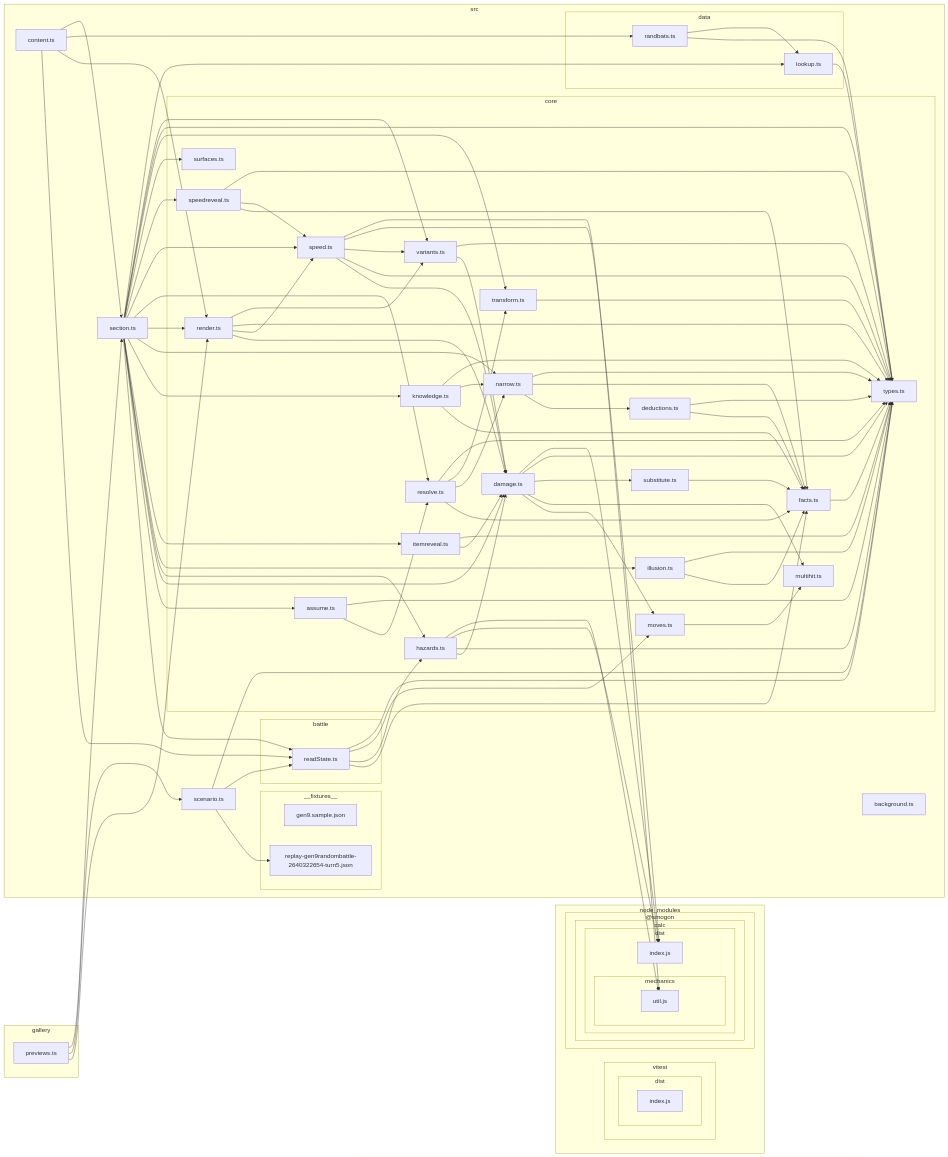
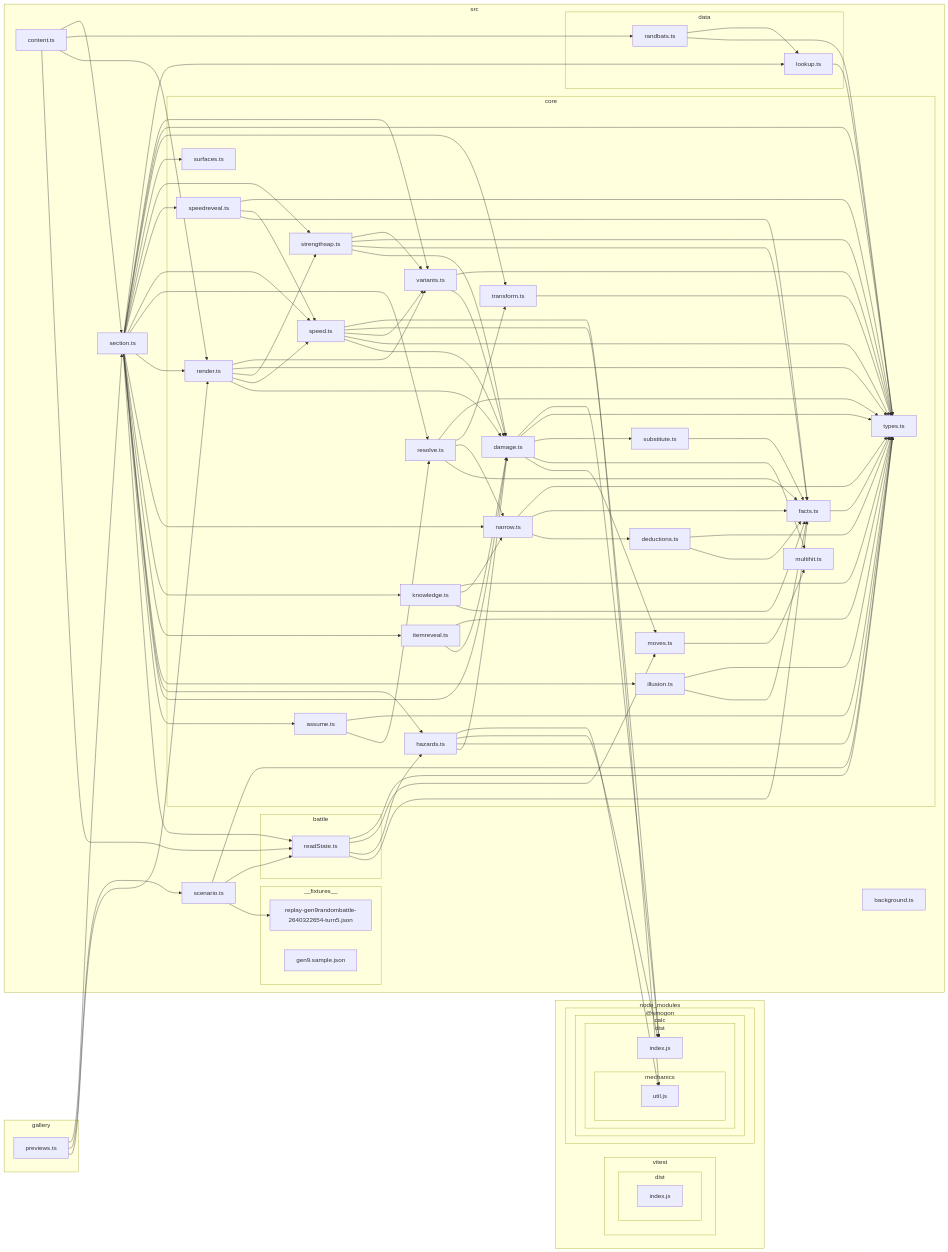
The diagram in docs/architecture-graph.md (seanaujong/hi-chu), drawn with Mermaid before and after one commit. The commit also changed other lines of this file and 9 other files, not shown here.

````diff
--- a/docs/architecture-graph.md
+++ b/docs/architecture-graph.md
@@ -30,33 +30,34 @@
 F["types.ts"]
 G["speed.ts"]
 J["variants.ts"]
-P["hazards.ts"]
-R["assume.ts"]
-S["resolve.ts"]
-T["narrow.ts"]
-U["deductions.ts"]
-V["transform.ts"]
-W["illusion.ts"]
-X["itemreveal.ts"]
-Y["knowledge.ts"]
-Z["speedreveal.ts"]
-10["surfaces.ts"]
+K["strengthsap.ts"]
+Q["hazards.ts"]
+S["assume.ts"]
+T["resolve.ts"]
+U["narrow.ts"]
+V["deductions.ts"]
+W["transform.ts"]
+X["illusion.ts"]
+Y["itemreveal.ts"]
+Z["knowledge.ts"]
+10["speedreveal.ts"]
+11["surfaces.ts"]
 end
-K["scenario.ts"]
-subgraph L["__fixtures__"]
-M["replay-gen9randombattle-2640322654-turn5.json"]
-19["gen9.sample.json"]
+L["scenario.ts"]
+subgraph M["__fixtures__"]
+N["replay-gen9randombattle-2640322654-turn5.json"]
+1A["gen9.sample.json"]
 end
-subgraph N["battle"]
-O["readState.ts"]
+subgraph O["battle"]
+P["readState.ts"]
 end
-Q["section.ts"]
-subgraph 11["data"]
-12["lookup.ts"]
-18["randbats.ts"]
+R["section.ts"]
+subgraph 12["data"]
+13["lookup.ts"]
+19["randbats.ts"]
 end
-13["background.ts"]
-17["content.ts"]
+14["background.ts"]
+18["content.ts"]
 end
 subgraph 6["node_modules"]
 subgraph 7["@smogon"]
@@ -69,17 +70,18 @@
 end
 end
 end
-subgraph 14["vitest"]
-subgraph 15["dist"]
-16["index.js"]
+subgraph 15["vitest"]
+subgraph 16["dist"]
+17["index.js"]
 end
 end
 end
 1-->4
-1-->K
-1-->Q
+1-->L
+1-->R
 4-->5
 4-->G
+4-->K
 4-->F
 4-->J
 5-->B
@@ -97,61 +99,66 @@
 G-->I
 J-->5
 J-->F
-K-->M
-K-->O
+K-->5
+K-->E
 K-->F
-O-->E
-O-->P
-O-->B
-O-->F
-P-->5
+K-->J
+L-->N
+L-->P
+L-->F
+P-->E
+P-->Q
+P-->B
 P-->F
-P-->A
-P-->I
-Q-->O
-Q-->R
 Q-->5
-Q-->P
-Q-->W
-Q-->X
-Q-->Y
-Q-->T
-Q-->4
-Q-->S
-Q-->G
-Q-->Z
-Q-->10
-Q-->V
 Q-->F
-Q-->J
-Q-->12
+Q-->A
+Q-->I
+R-->P
 R-->S
+R-->5
+R-->Q
+R-->X
+R-->Y
+R-->Z
+R-->U
+R-->4
+R-->T
+R-->G
+R-->10
+R-->K
+R-->11
+R-->W
 R-->F
-S-->E
+R-->J
+R-->13
 S-->T
-S-->V
 S-->F
+T-->E
 T-->U
-T-->E
+T-->W
 T-->F
+U-->V
 U-->E
 U-->F
+V-->E
 V-->F
-W-->E
 W-->F
-X-->5
+X-->E
 X-->F
-Y-->E
-Y-->T
+Y-->5
 Y-->F
 Z-->E
-Z-->G
+Z-->U
 Z-->F
-12-->F
-17-->O
-17-->4
-17-->18
-17-->Q
-18-->F
-18-->12
+10-->E
+10-->G
+10-->F
+13-->F
+18-->P
+18-->4
+18-->19
+18-->R
+19-->F
+19-->13
 ```
````
